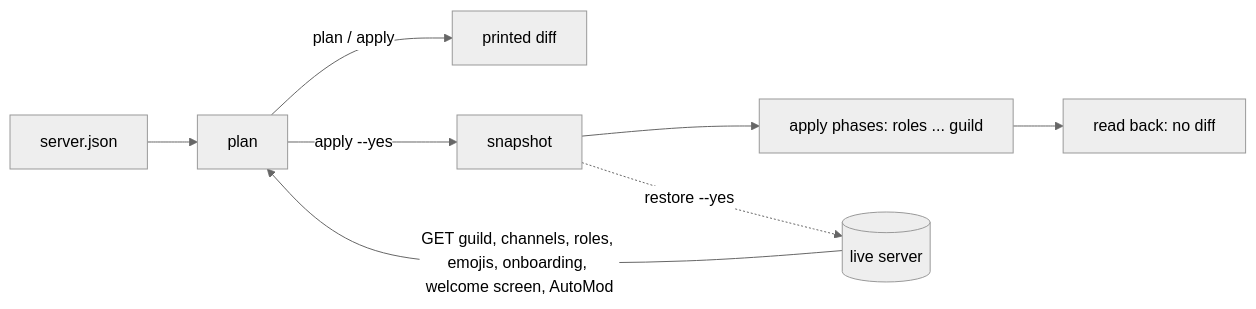
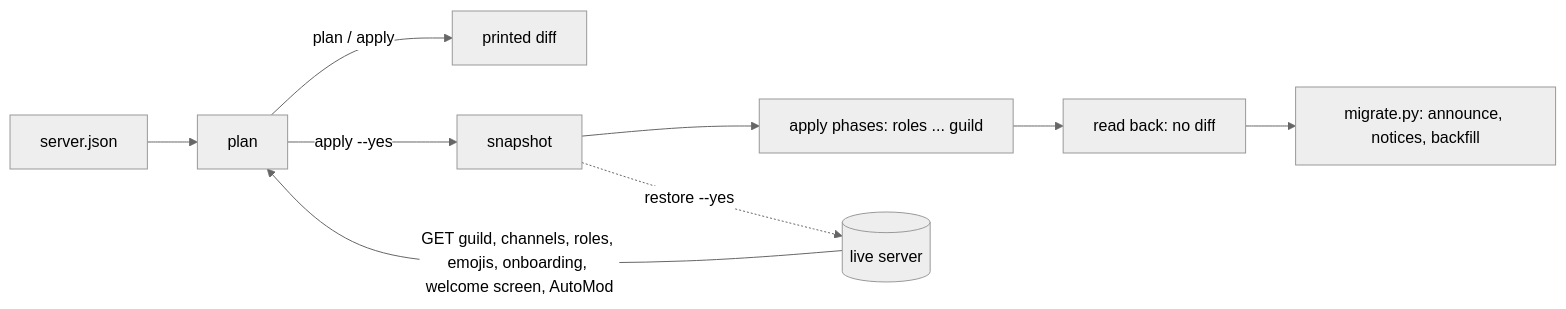
One commit to OpenDrone-hw/discord changed the first of 4 diagrams in README.md. Above: the diagram before and after it, drawn with Mermaid (neutral theme). The commit also changed other lines of this file and 2 other files, not shown here.

````diff
--- a/README.md
+++ b/README.md
@@ -11,8 +11,9 @@
 ```mermaid
 flowchart LR
   J[server.json] --> P[plan]
   L[(live server)] -->|GET guild, channels, roles, emojis, onboarding, welcome screen, AutoMod| P
   P -->|plan / apply| R[printed diff]
   P -->|apply --yes| S[snapshot] --> A[apply phases: roles ... guild] --> B[read back: no diff]
   S -.->|restore --yes| L
+  B --> M[migrate.py: announce, notices, backfill]
 ```
````
